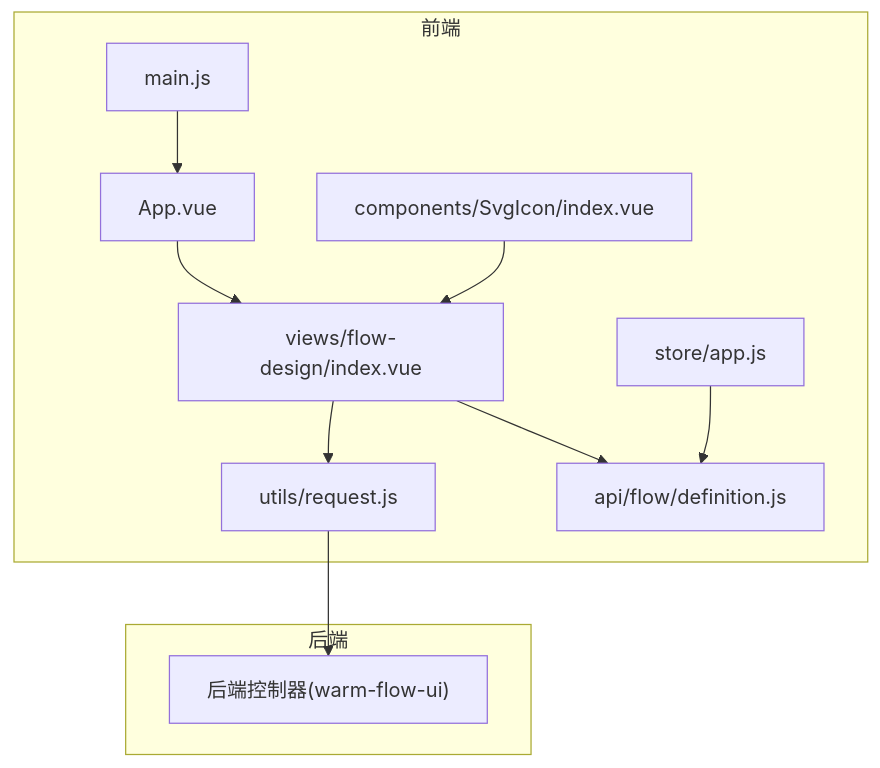
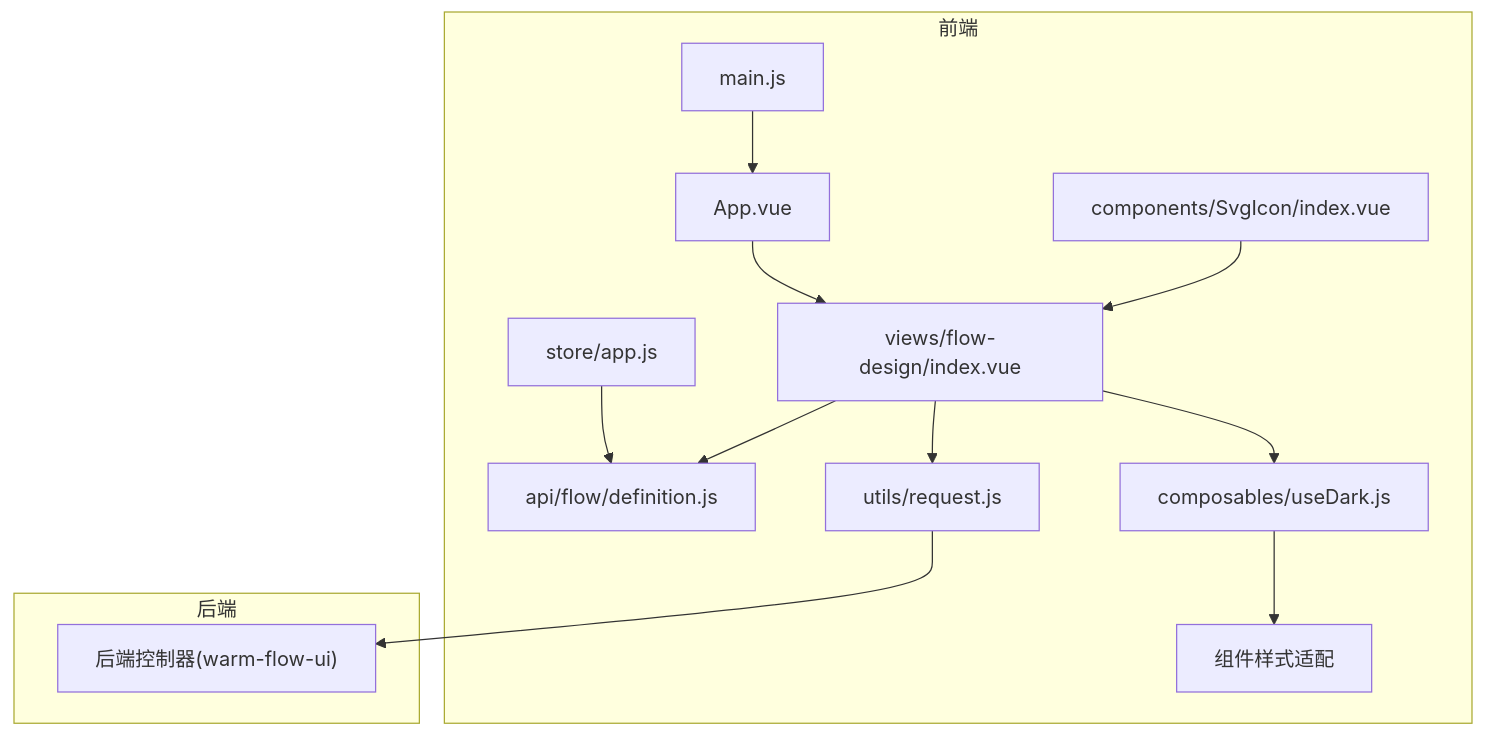
The second of 7 diagrams in .qoder/repowiki/zh/content/插件系统/UI 插件系统/Vue3 前端集成.md (dromara/warm-flow), drawn with Mermaid before and after one commit. The commit also changed other lines of this file and 18 other files, not shown here.

````diff
--- a/.qoder/repowiki/zh/content/插件系统/UI 插件系统/Vue3 前端集成.md
+++ b/.qoder/repowiki/zh/content/插件系统/UI 插件系统/Vue3 前端集成.md
@@ -105,22 +113,26 @@
 ```mermaid
 graph TB
 subgraph "前端"
 M["main.js"]
 APP["App.vue"]
 STORE["store/app.js"]
 REQ["utils/request.js"]
 API_DEF["api/flow/definition.js"]
 SVG["components/SvgIcon/index.vue"]
 VIEW["views/flow-design/index.vue"]
+DARK["composables/useDark.js"]
+END["组件样式适配"]
 end
 subgraph "后端"
 CTRL["后端控制器(warm-flow-ui)"]
 end
 M --> APP
 APP --> VIEW
 VIEW --> API_DEF
 VIEW --> REQ
+VIEW --> DARK
+DARK --> END
 STORE --> API_DEF
 REQ --> CTRL
 SVG --> VIEW
 ```
````
